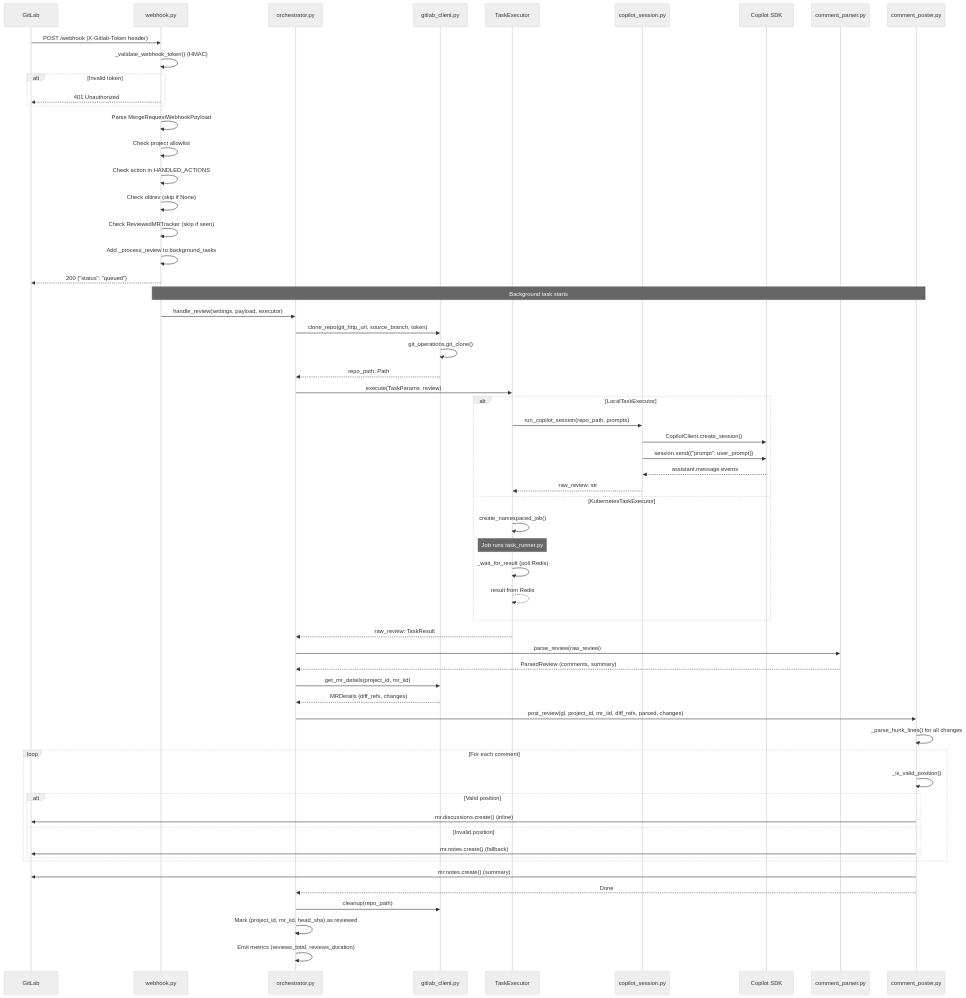
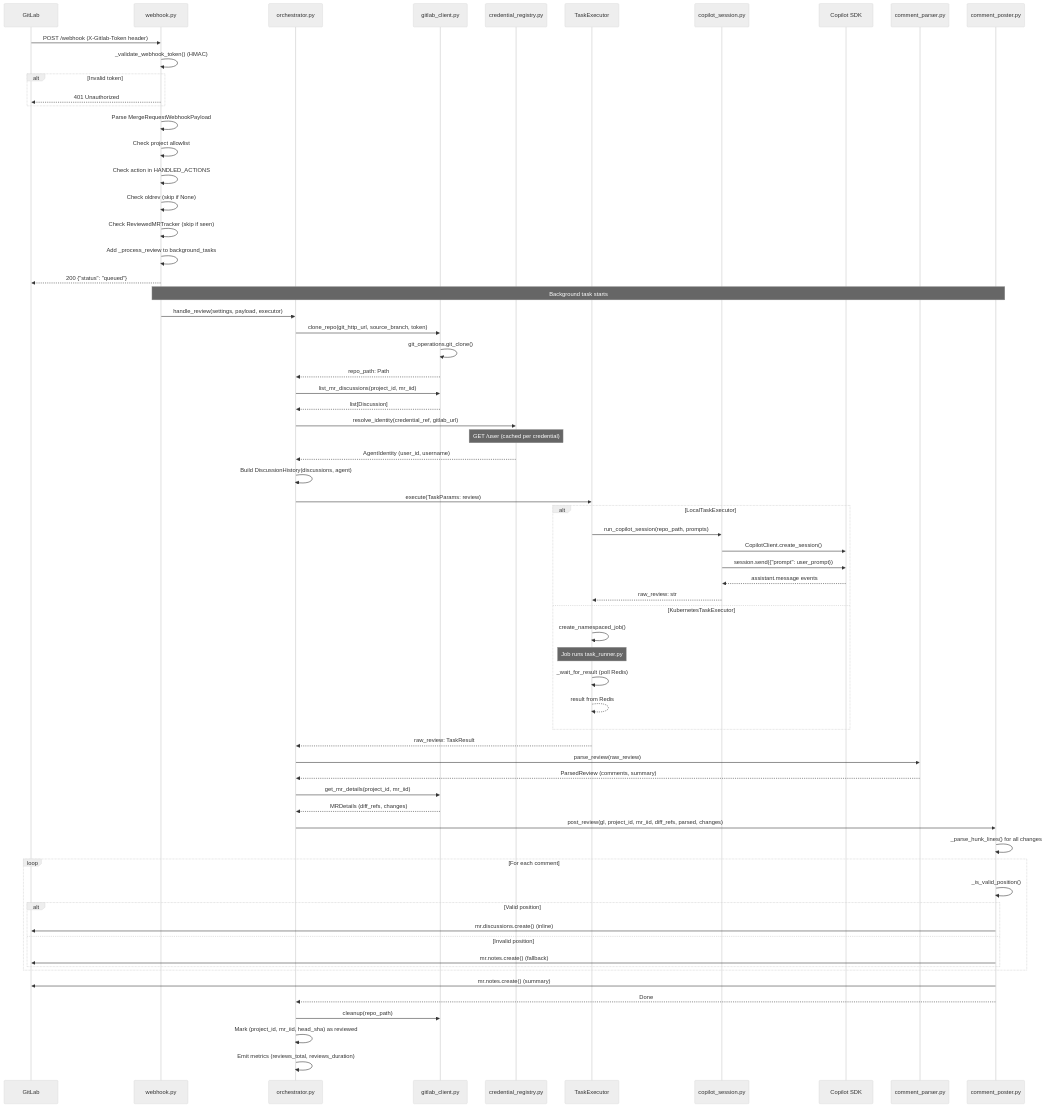
Before and after one commit to peteroden/gitlab-copilot-agent: the first of 5 diagrams in docs/wiki/request-flows.md, drawn with Mermaid (neutral theme). The commit also changed 22 other files, not shown here.

````diff
--- a/docs/wiki/request-flows.md
+++ b/docs/wiki/request-flows.md
@@ -11,72 +11,82 @@
 ```mermaid
 sequenceDiagram
     participant GL as GitLab
     participant WH as webhook.py
     participant ORCH as orchestrator.py
     participant GLCL as gitlab_client.py
+    participant CREG as credential_registry.py
     participant EXEC as TaskExecutor
     participant COP as copilot_session.py
     participant SDK as Copilot SDK
     participant PARSE as comment_parser.py
     participant POST as comment_poster.py
     
     GL->>WH: POST /webhook (X-Gitlab-Token header)
     WH->>WH: _validate_webhook_token() (HMAC)
     alt Invalid token
         WH-->>GL: 401 Unauthorized
     end
     
     WH->>WH: Parse MergeRequestWebhookPayload
     WH->>WH: Check project allowlist
     WH->>WH: Check action in HANDLED_ACTIONS
     WH->>WH: Check oldrev (skip if None)
     WH->>WH: Check ReviewedMRTracker (skip if seen)
     
     WH->>WH: Add _process_review to background_tasks
     WH-->>GL: 200 {"status": "queued"}
     
     Note over WH,POST: Background task starts
     
     WH->>ORCH: handle_review(settings, payload, executor)
     ORCH->>GLCL: clone_repo(git_http_url, source_branch, token)
     GLCL->>GLCL: git_operations.git_clone()
     GLCL-->>ORCH: repo_path: Path
+    
+    ORCH->>GLCL: list_mr_discussions(project_id, mr_iid)
+    GLCL-->>ORCH: list[Discussion]
+    
+    ORCH->>CREG: resolve_identity(credential_ref, gitlab_url)
+    Note over CREG: GET /user (cached per credential)
+    CREG-->>ORCH: AgentIdentity (user_id, username)
+    
+    ORCH->>ORCH: Build DiscussionHistory(discussions, agent)
     
     ORCH->>EXEC: execute(TaskParams: review)
     alt LocalTaskExecutor
         EXEC->>COP: run_copilot_session(repo_path, prompts)
         COP->>SDK: CopilotClient.create_session()
         COP->>SDK: session.send({"prompt": user_prompt})
         SDK-->>COP: assistant.message events
         COP-->>EXEC: raw_review: str
     else KubernetesTaskExecutor
         EXEC->>EXEC: create_namespaced_job()
         Note over EXEC: Job runs task_runner.py
         EXEC->>EXEC: _wait_for_result (poll Redis)
         EXEC-->>EXEC: result from Redis
     end
     EXEC-->>ORCH: raw_review: TaskResult
     
     ORCH->>PARSE: parse_review(raw_review)
     PARSE-->>ORCH: ParsedReview (comments, summary)
     
     ORCH->>GLCL: get_mr_details(project_id, mr_iid)
     GLCL-->>ORCH: MRDetails (diff_refs, changes)
     
     ORCH->>POST: post_review(gl, project_id, mr_iid, diff_refs, parsed, changes)
     POST->>POST: _parse_hunk_lines() for all changes
     loop For each comment
         POST->>POST: _is_valid_position()
         alt Valid position
             POST->>GL: mr.discussions.create() (inline)
         else Invalid position
             POST->>GL: mr.notes.create() (fallback)
         end
     end
     POST->>GL: mr.notes.create() (summary)
     POST-->>ORCH: Done
     
     ORCH->>GLCL: cleanup(repo_path)
     ORCH->>ORCH: Mark (project_id, mr_iid, head_sha) as reviewed
     ORCH->>ORCH: Emit metrics (reviews_total, reviews_duration)
 ```
````
